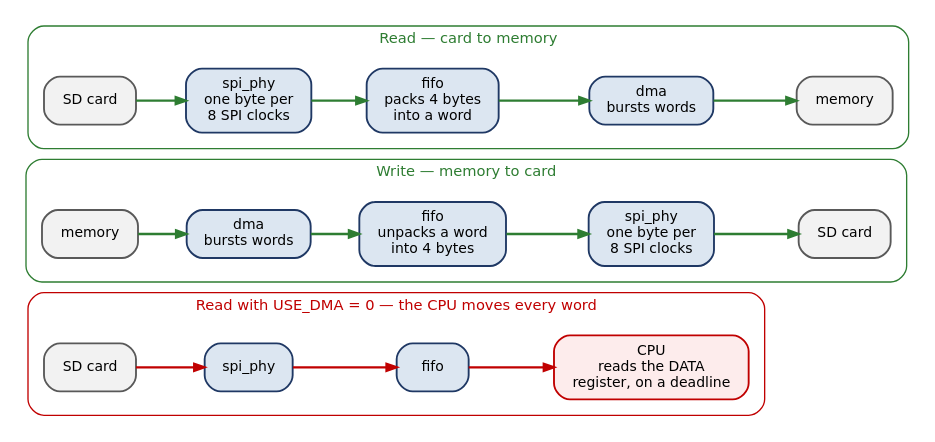
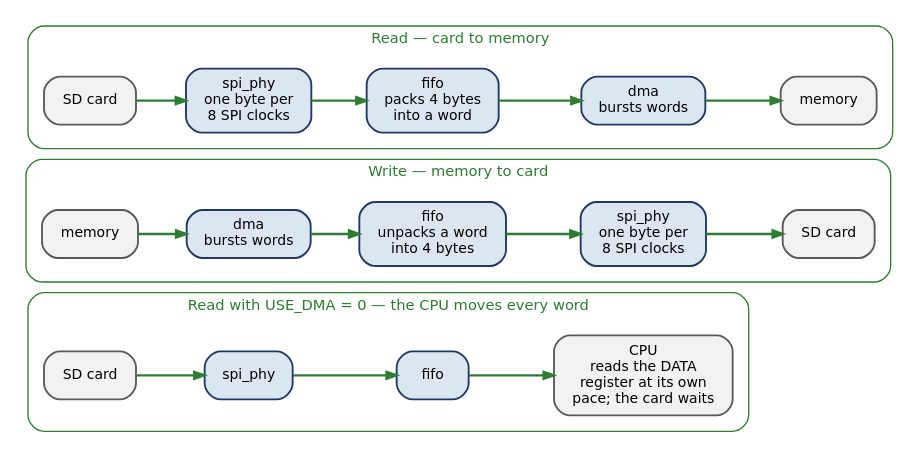
The diagram in altera_avalon_mm_sdcard_controller/doc/figures/fig_datapath.dot (monkstein88/altera-ip-cores), drawn with Graphviz before and after one commit. The commit also changed 13 other files, not shown here.

First line of the commit message:
Stop the documents putting the DATA window on a deadline

```diff
--- a/altera_avalon_mm_sdcard_controller/doc/figures/fig_datapath.dot
+++ b/altera_avalon_mm_sdcard_controller/doc/figures/fig_datapath.dot
@@ -1,52 +1,54 @@
 digraph fig_datapath {
   bgcolor="white";
   fontname="DejaVu Sans"; fontsize=11;
   node [fontname="DejaVu Sans", fontsize=10.5, shape=box,
         style="filled,rounded", penwidth=1.4, margin="0.18,0.09"];
   edge [fontname="DejaVu Sans", fontsize=9, fontcolor="#555555",
         penwidth=1.3, arrowsize=0.75];
   rankdir=LR;
   ranksep=0.5;
   nodesep=0.35;
 
   node [fillcolor="#DCE6F1", color="#1F3864"];
   edge [color="#2E7D32", penwidth=1.8];
 
   // Declared bottom-first: dot stacks clusters in reverse declaration
   // order, so listing read, write, PIO in the obvious order prints them
   // upside down.
+  // Green like the other two, and no longer red: the palette keeps red for
+  // the error path, and this row was drawn as one while a CPU slower than the
+  // card could overrun the buffer. It cannot now - the card waits for it.
   subgraph cluster_pio {
     label="Read with USE_DMA = 0 — the CPU moves every word";
-    fontcolor="#C00000"; color="#C00000"; style=rounded; margin=12;
+    fontcolor="#2E7D32"; color="#2E7D32"; style=rounded; margin=12;
     p0 [label="SD card", fillcolor="#F2F2F2", color="#595959"];
     p1 [label="spi_phy"];
     p2 [label="fifo"];
-    p3 [label="CPU\nreads the DATA\nregister, on a deadline",
-        fillcolor="#FDECEC", color="#C00000"];
-    edge [color="#C00000"];
+    p3 [label="CPU\nreads the DATA\nregister at its own\npace; the card waits",
+        fillcolor="#F2F2F2", color="#595959"];
     p0 -> p1 -> p2 -> p3;
   }
   subgraph cluster_wr {
     label="Write — memory to card"; fontcolor="#2E7D32"; color="#2E7D32";
     style=rounded; margin=12;
     w0 [label="memory", fillcolor="#F2F2F2", color="#595959"];
     w1 [label="dma\nbursts words"];
     w2 [label="fifo\nunpacks a word\ninto 4 bytes"];
     w3 [label="spi_phy\none byte per\n8 SPI clocks"];
     w4 [label="SD card", fillcolor="#F2F2F2", color="#595959"];
     w0 -> w1 -> w2 -> w3 -> w4;
   }
 
   subgraph cluster_rd {
     label="Read — card to memory"; fontcolor="#2E7D32"; color="#2E7D32";
     style=rounded; margin=12;
     r0 [label="SD card", fillcolor="#F2F2F2", color="#595959"];
     r1 [label="spi_phy\none byte per\n8 SPI clocks"];
     r2 [label="fifo\npacks 4 bytes\ninto a word"];
     r3 [label="dma\nbursts words"];
     r4 [label="memory", fillcolor="#F2F2F2", color="#595959"];
     r0 -> r1 -> r2 -> r3 -> r4;
   }
 
 
 }
```
